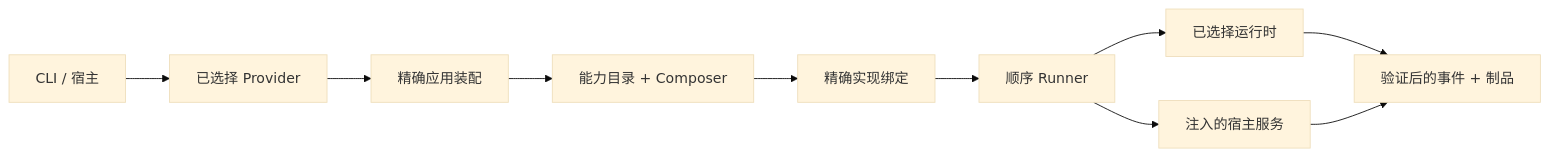
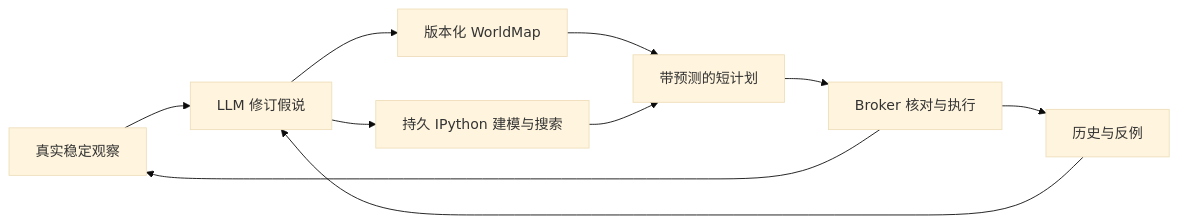
Before and after one commit to uukuguy/asterion: the diagram in README.zh-CN.md, drawn with Mermaid (base theme). The commit also changed other lines of this file and 6 other files, not shown here.

````diff
--- a/README.zh-CN.md
+++ b/README.zh-CN.md
@@ -23,12 +25,12 @@
 ```mermaid
 flowchart LR
-    H[CLI / 宿主] --> P[已选择 Provider]
-    P --> A[精确应用装配]
-    A --> C[能力目录 + Composer]
-    C --> I[精确实现绑定]
-    I --> R[顺序 Runner]
-    R --> RT[已选择运行时]
-    R --> S[注入的宿主服务]
-    RT --> E[验证后的事件 + 制品]
-    S --> E
+    O[真实稳定观察] --> L[LLM 修订假说]
+    L --> W[版本化 WorldMap]
+    L --> P[持久 IPython 建模与搜索]
+    W --> A[带预测的短计划]
+    P --> A
+    A --> B[Broker 核对与执行]
+    B --> O
+    B --> E[历史与反例]
+    E --> L
 ```
````
